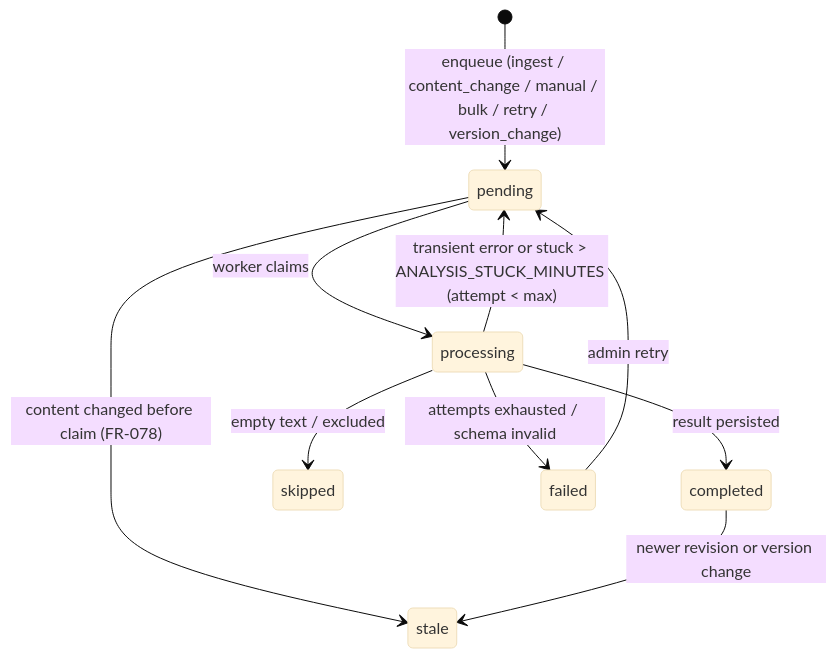
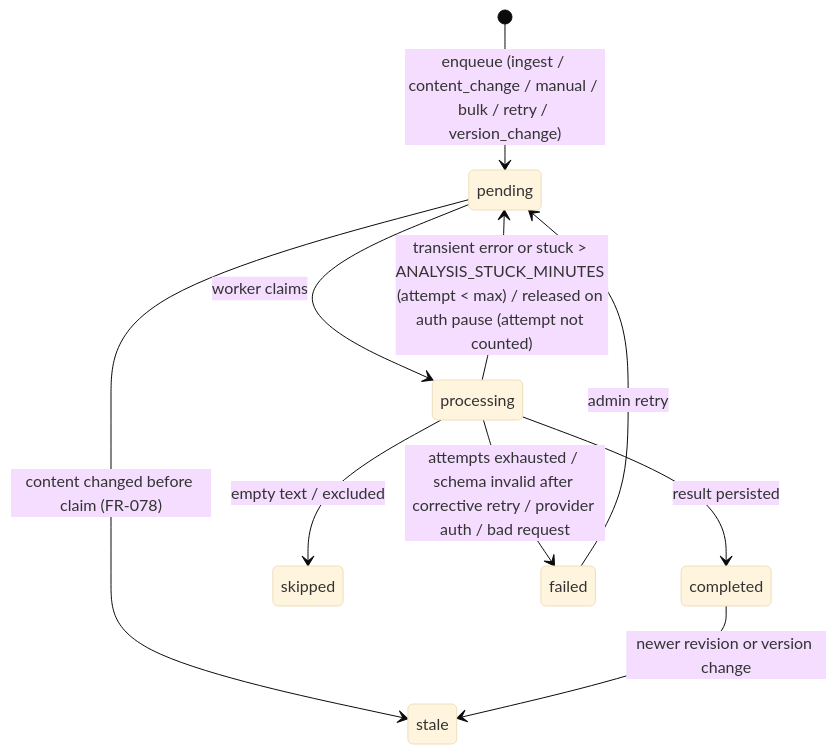
One commit to mryesss97/how-about-me changed the diagram in docs/02-architecture/07-analysis-pipeline.md. Above: the diagram before and after it, drawn with Mermaid (base theme). The commit also changed other lines of this file and 24 other files, not shown here.

First line of the commit message:
feat(api): add analysis failure handling with corrective retry, backoff and worker pauses

````diff
--- a/docs/02-architecture/07-analysis-pipeline.md
+++ b/docs/02-architecture/07-analysis-pipeline.md
@@ -12,12 +12,12 @@
 ```mermaid
 stateDiagram-v2
     [*] --> pending: enqueue (ingest / content_change / manual / bulk / retry / version_change)
     pending --> processing: worker claims
     pending --> stale: content changed before claim (FR-078)
     processing --> completed: result persisted
     processing --> skipped: empty text / excluded
-    processing --> failed: attempts exhausted / schema invalid
-    processing --> pending: transient error or stuck > ANALYSIS_STUCK_MINUTES (attempt < max)
+    processing --> failed: attempts exhausted / schema invalid after corrective retry / provider auth / bad request
+    processing --> pending: transient error or stuck > ANALYSIS_STUCK_MINUTES (attempt < max) / released on auth pause (attempt not counted)
     completed --> stale: newer revision or version change
     failed --> pending: admin retry
 ```
````
